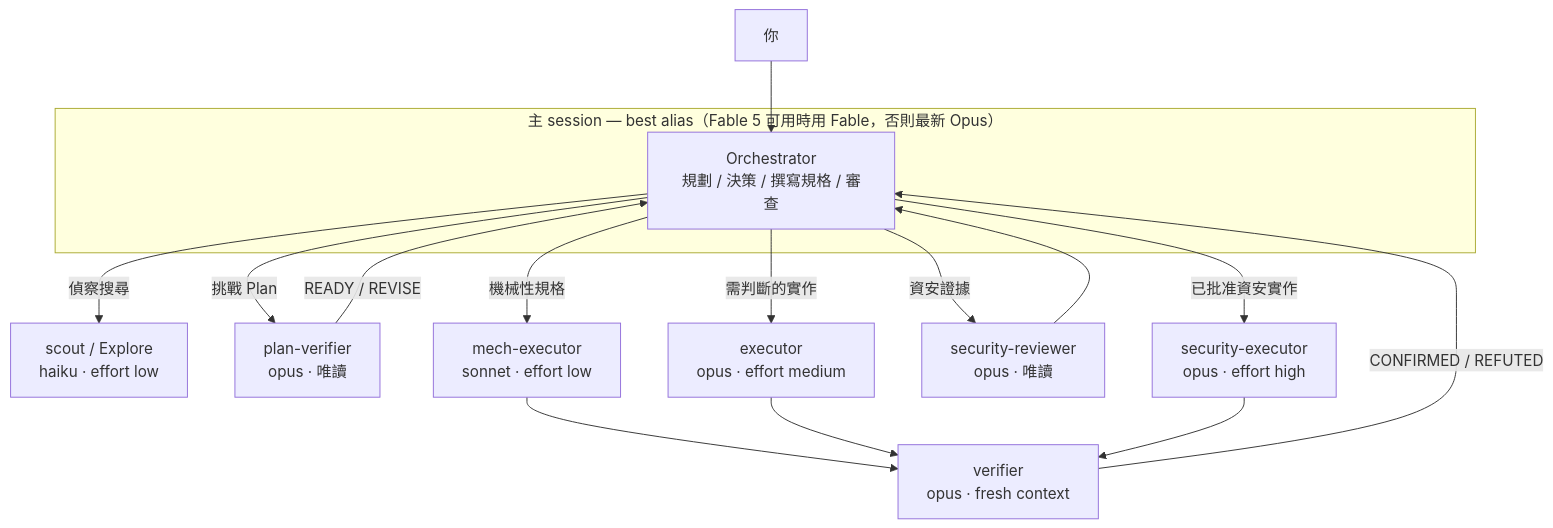
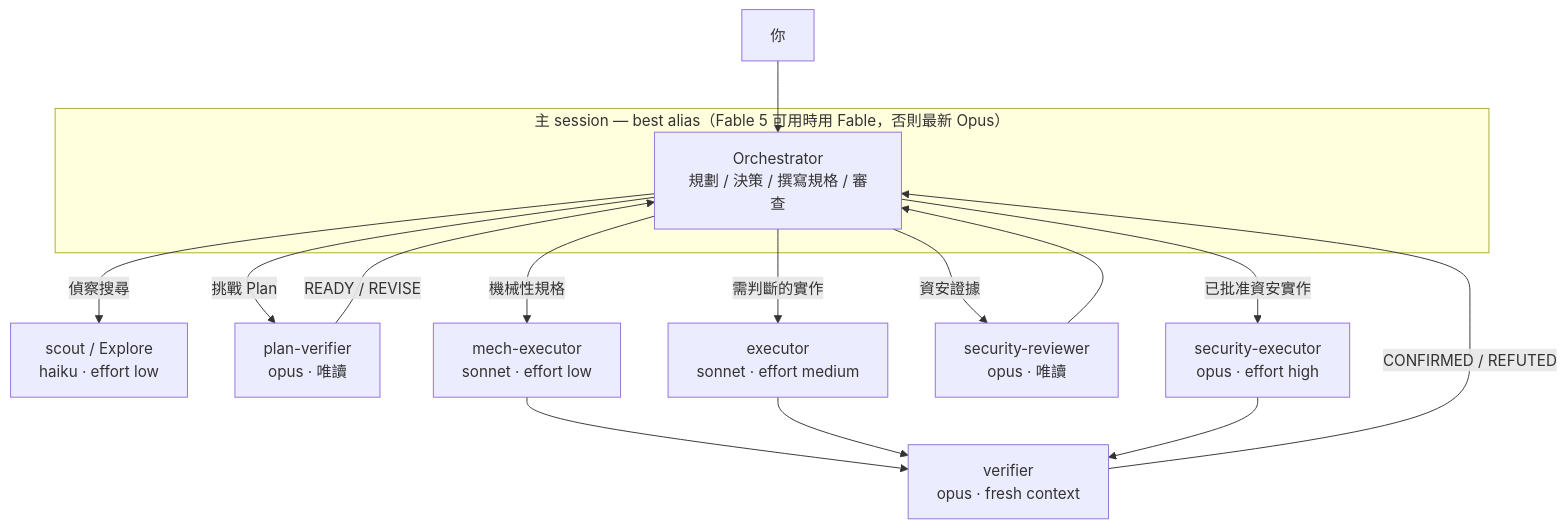
The diagram in README.zh-TW.md (Nanako0129/pilotfish), drawn with Mermaid before and after one commit. The commit also changed other lines of this file and 10 other files, not shown here.

````diff
--- a/README.zh-TW.md
+++ b/README.zh-TW.md
@@ -59,19 +59,19 @@
 ```mermaid
 flowchart TD
     U[你] --> O
     subgraph MAIN["主 session — best alias（Fable 5 可用時用 Fable，否則最新 Opus）"]
         O["Orchestrator<br>規劃 / 決策 / 撰寫規格 / 審查"]
     end
     O -->|偵察搜尋| S["scout / Explore<br>haiku · effort low"]
     O -->|挑戰 Plan| PV["plan-verifier<br>opus · 唯讀"]
     PV -->|READY / REVISE| O
     O -->|機械性規格| M["mech-executor<br>sonnet · effort low"]
-    O -->|需判斷的實作| E["executor<br>opus · effort medium"]
+    O -->|需判斷的實作| E["executor<br>sonnet · effort medium"]
     O -->|資安證據| SR["security-reviewer<br>opus · 唯讀"]
     SR --> O
     O -->|已批准資安實作| SEC["security-executor<br>opus · effort high"]
     M --> V["verifier<br>opus · fresh context"]
     E --> V
     SEC --> V
     V -->|CONFIRMED / REFUTED| O
 ```
````
